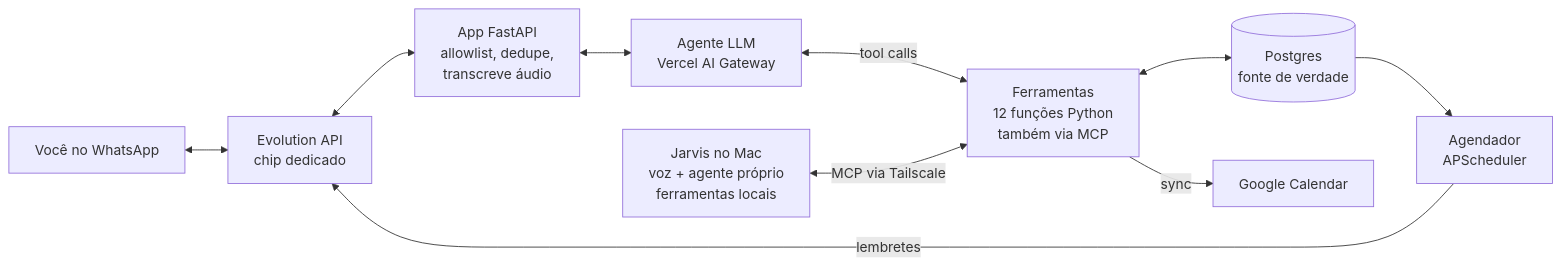
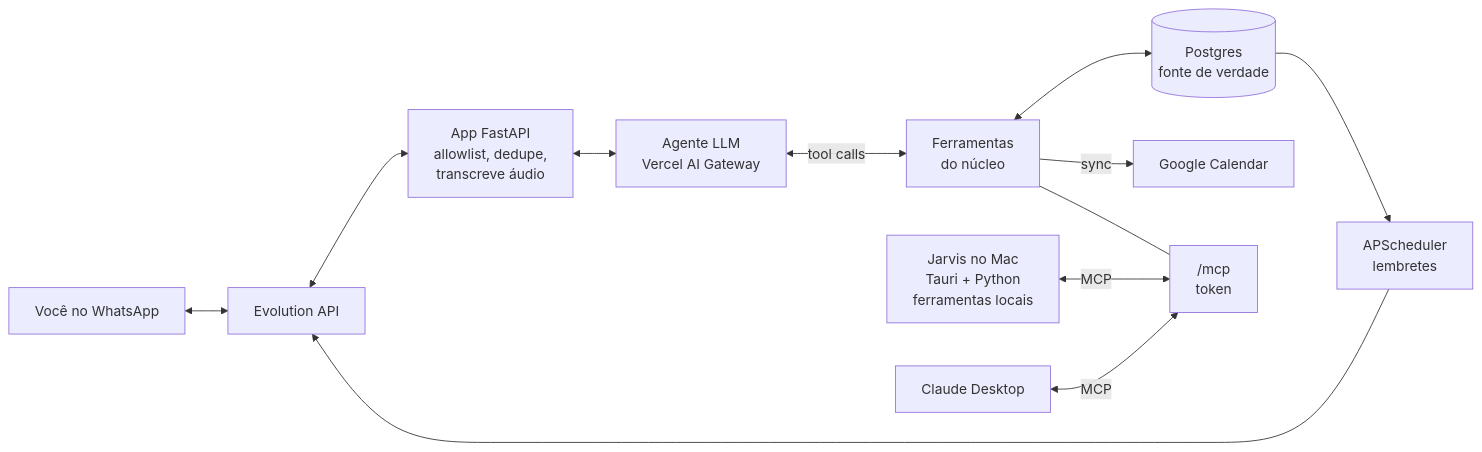
One commit to kaiox21/life-manager changed the diagram in SPEC.md. Above: the diagram before and after it, drawn with Mermaid. The commit also changed other lines of this file and 26 other files, not shown here.

````diff
--- a/SPEC.md
+++ b/SPEC.md
@@ -51,12 +69,13 @@
 ```mermaid
 flowchart LR
-  U[Você no WhatsApp] <--> EV[Evolution API<br/>chip dedicado]
+  U[Você no WhatsApp] <--> EV[Evolution API]
   EV <--> APP[App FastAPI<br/>allowlist, dedupe,<br/>transcreve áudio]
   APP <--> AG[Agente LLM<br/>Vercel AI Gateway]
-  AG <-->|tool calls| T[Ferramentas<br/>12 funções Python<br/>também via MCP]
-  J[Jarvis no Mac<br/>voz + agente próprio<br/>ferramentas locais] <-->|MCP via Tailscale| T
+  AG <-->|tool calls| T[Ferramentas<br/>do núcleo]
   T <--> DB[(Postgres<br/>fonte de verdade)]
   T -->|sync| GC[Google Calendar]
-  DB --> S[Agendador<br/>APScheduler]
-  S -->|lembretes| EV
+  DB --> S[APScheduler<br/>lembretes] --> EV
+  T --- MCP["/mcp<br/>token"]
+  J[Jarvis no Mac<br/>Tauri + Python<br/>ferramentas locais] <-->|MCP| MCP
+  CD[Claude Desktop] <-->|MCP| MCP
 ```
````
